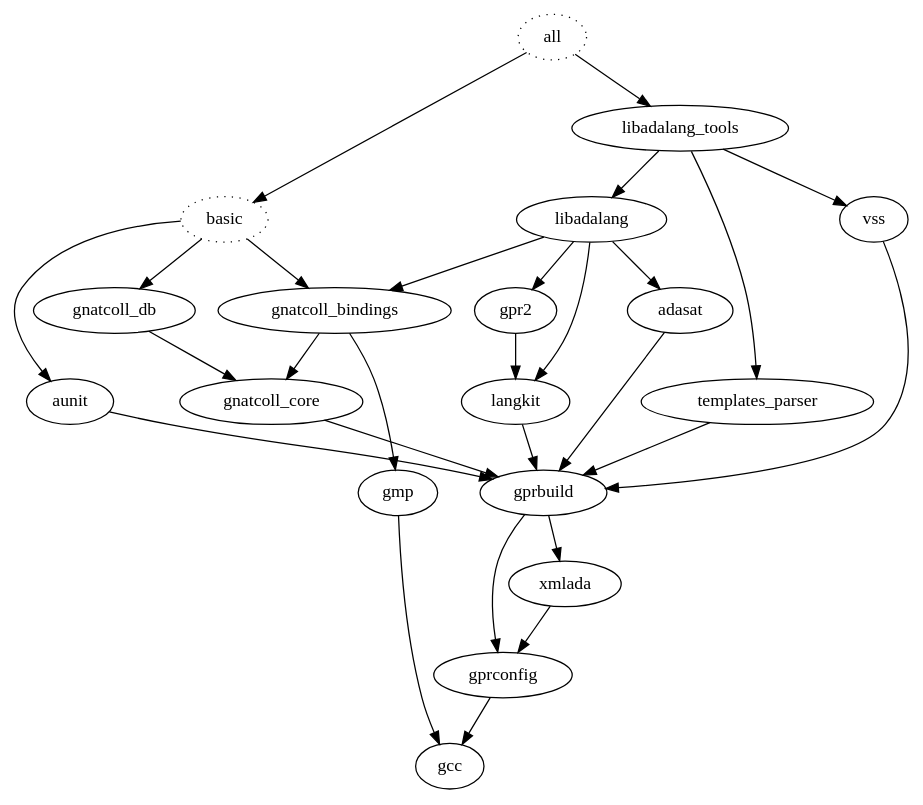
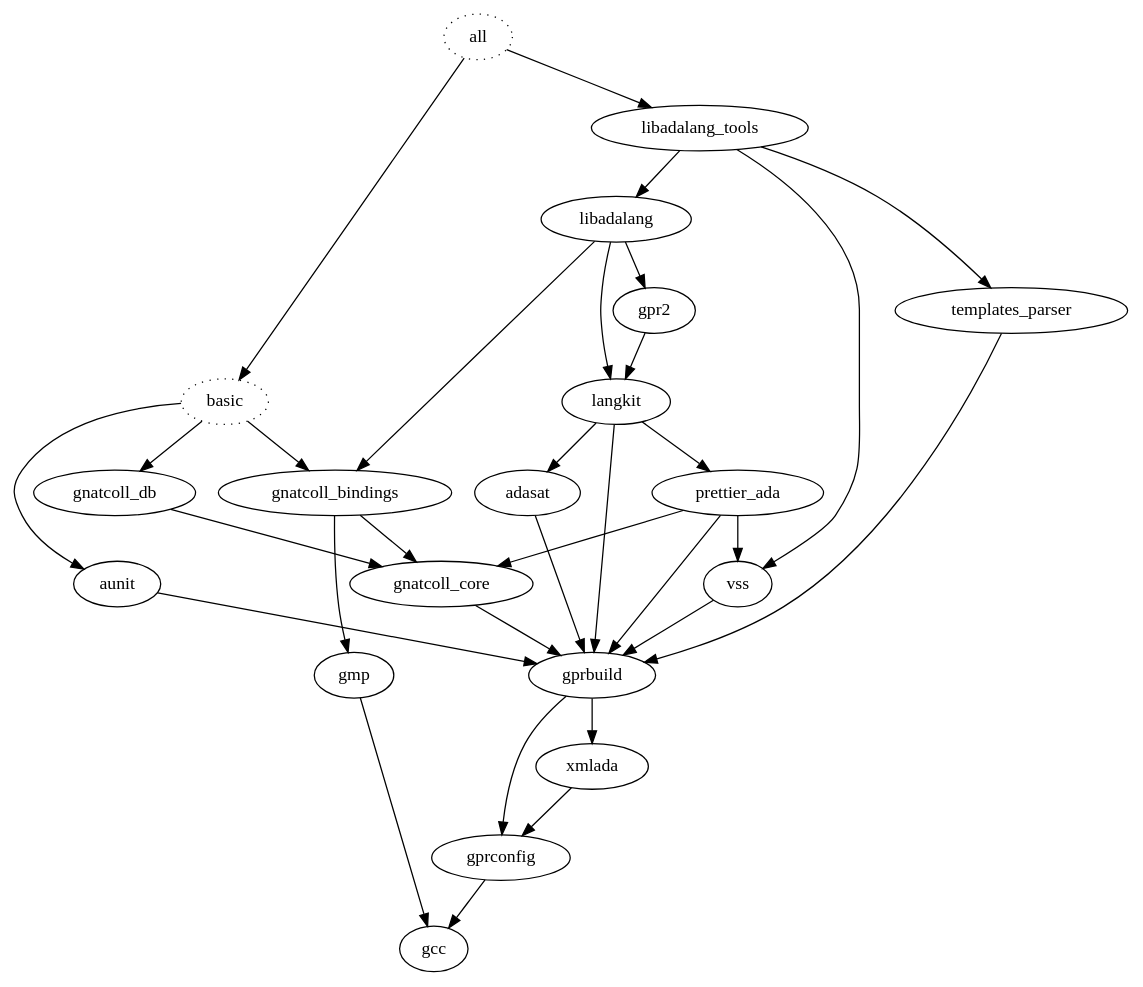
Before and after one commit to simonjwright/building-gcc-macos-native: the diagram in make-dependencies.dot, drawn with Graphviz. The commit also changed 9 other files, not shown here.

First line of the commit message:
Build 14.2.0-3, with AdaCore tools at v25.0.0.

```diff
--- a/make-dependencies.dot
+++ b/make-dependencies.dot
@@ -1,33 +1,37 @@
 digraph {
 all [style=dotted]
 basic [style=dotted]
 
 all -> basic
 all -> libadalang_tools
 basic -> aunit
 basic -> gnatcoll_bindings
 basic -> gnatcoll_db
 adasat -> gprbuild
 aunit -> gprbuild
 gcc
 gmp -> gcc
 gnatcoll_bindings -> gmp
 gnatcoll_bindings -> gnatcoll_core
 gnatcoll_core -> gprbuild
 gnatcoll_db -> gnatcoll_core
 gpr2 -> langkit
 gprbuild -> gprconfig
 gprbuild -> xmlada
 gprconfig -> gcc
+prettier_ada -> gprbuild
+prettier_ada -> gnatcoll_core
+prettier_ada -> vss
 langkit -> gprbuild
-libadalang -> adasat
+langkit -> prettier_ada
+langkit -> adasat
 libadalang -> gnatcoll_bindings
 libadalang -> gpr2
 libadalang -> langkit
 libadalang_tools -> libadalang
 libadalang_tools -> templates_parser
 libadalang_tools -> vss
 templates_parser -> gprbuild
 vss -> gprbuild
 xmlada -> gprconfig
 }
```
